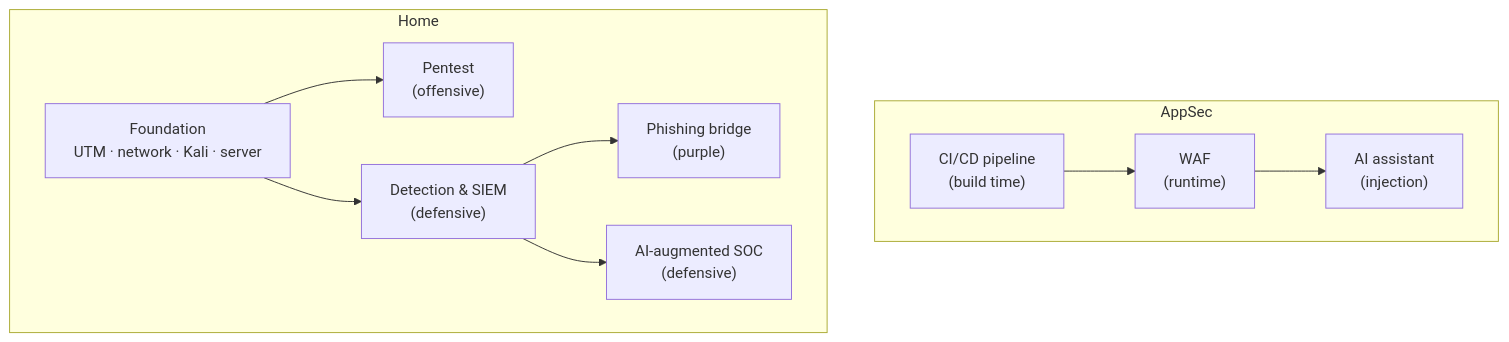
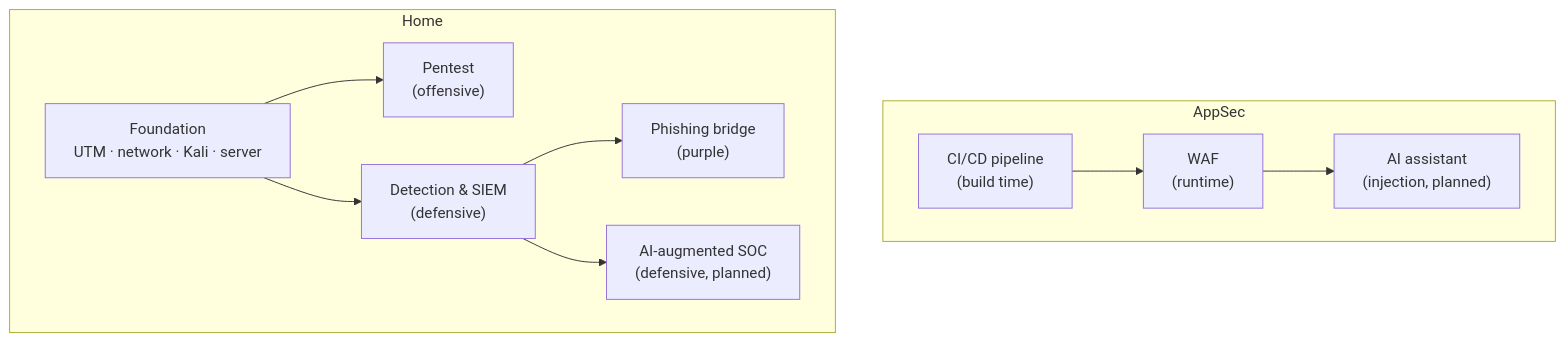
One commit to lawalOyinlola/lawalPortfolio changed the second of 2 diagrams in README.md. Above: the diagram before and after it, drawn with Mermaid. The commit also changed other lines of this file, not shown here.

````diff
--- a/README.md
+++ b/README.md
@@ -88,13 +92,13 @@
 ```mermaid
 flowchart TD
   subgraph AppSec
     C["CI/CD pipeline<br/>(build time)"] --> W["WAF<br/>(runtime)"]
-    W --> AA["AI assistant<br/>(injection)"]
+    W --> AA["AI assistant<br/>(injection, planned)"]
   end
   subgraph Home
     F["Foundation<br/>UTM · network · Kali · server"] --> P["Pentest<br/>(offensive)"]
     F --> D["Detection & SIEM<br/>(defensive)"]
     D --> Ph["Phishing bridge<br/>(purple)"]
-    D --> AI["AI-augmented SOC<br/>(defensive)"]
+    D --> AI["AI-augmented SOC<br/>(defensive, planned)"]
   end
 ```
````
